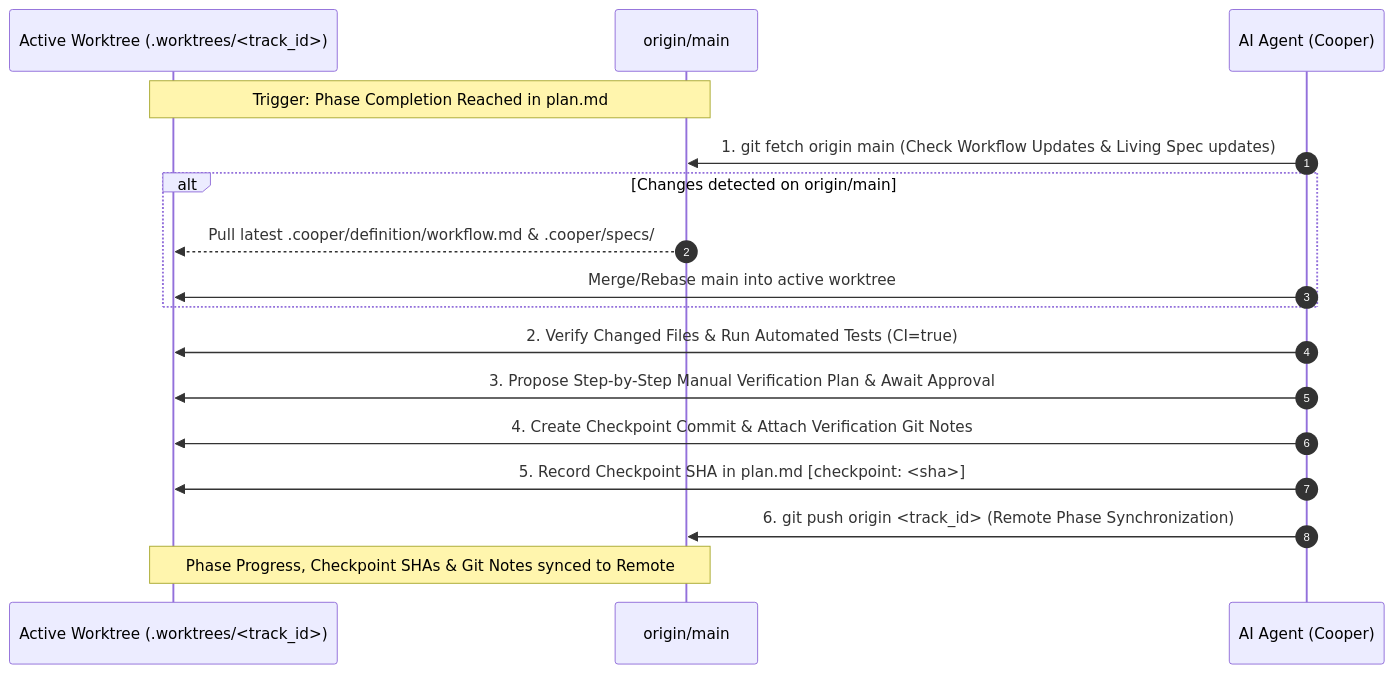
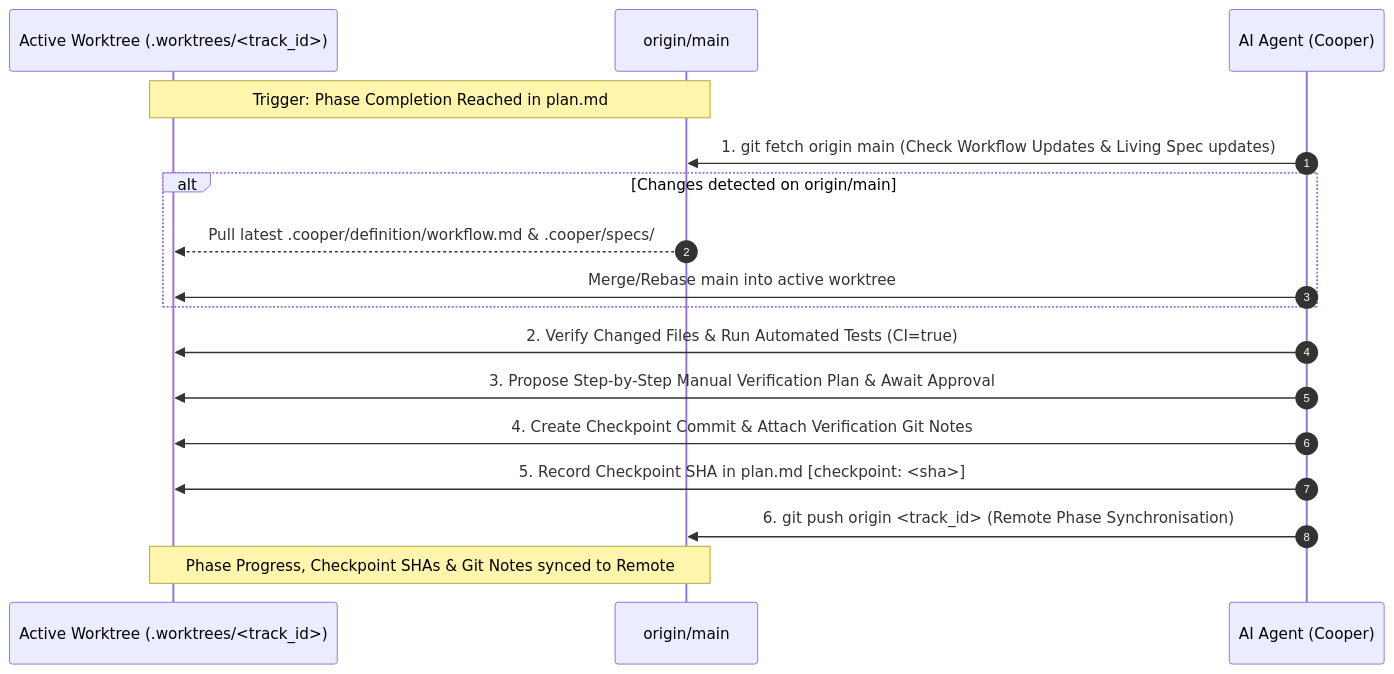
Before and after one commit to twoBoots/cooper: the first of 2 diagrams in docs/openspec-vs-conductor-comparison.md, drawn with Mermaid. The commit also changed other lines of this file, not shown here.

````diff
--- a/docs/openspec-vs-conductor-comparison.md
+++ b/docs/openspec-vs-conductor-comparison.md
@@ -95,23 +83,23 @@
 ```mermaid
 sequenceDiagram
     autonumber
     participant Worktree as Active Worktree (.worktrees/<track_id>)
     participant Remote as origin/main
     participant Agent as AI Agent (Cooper)
 
     Note over Worktree, Remote: Trigger: Phase Completion Reached in plan.md
     Agent->>Remote: 1. git fetch origin main (Check Workflow Updates & Living Spec updates)
     
     alt Changes detected on origin/main
         Remote-->>Worktree: Pull latest .cooper/definition/workflow.md & .cooper/specs/
         Agent->>Worktree: Merge/Rebase main into active worktree
     end
 
     Agent->>Worktree: 2. Verify Changed Files & Run Automated Tests (CI=true)
     Agent->>Worktree: 3. Propose Step-by-Step Manual Verification Plan & Await Approval
     Agent->>Worktree: 4. Create Checkpoint Commit & Attach Verification Git Notes
     Agent->>Worktree: 5. Record Checkpoint SHA in plan.md [checkpoint: <sha>]
     
-    Agent->>Remote: 6. git push origin <track_id> (Remote Phase Synchronization)
+    Agent->>Remote: 6. git push origin <track_id> (Remote Phase Synchronisation)
     Note over Worktree, Remote: Phase Progress, Checkpoint SHAs & Git Notes synced to Remote
 ```
````
